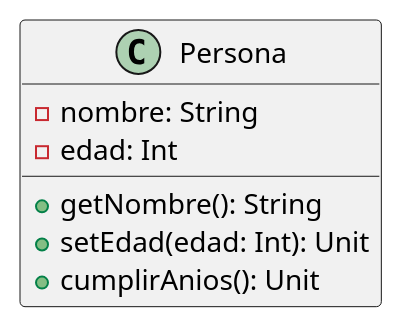
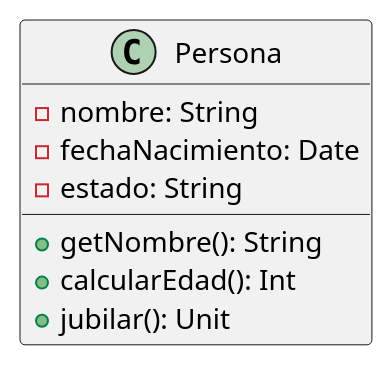
One commit to revilofe/revilofe.github.io changed the first of 16 diagrams in slides/section3-ed/ED-U3.2.-DiagramaClases.md. Above: the diagram before and after it, drawn with PlantUML. The commit also changed other lines of this file and 1 other file, not shown here.

Commit message:
EDES ED-U3.2.-DiagramaClases.md cmabio de slides y documentación

````diff
--- a/slides/section3-ed/ED-U3.2.-DiagramaClases.md
+++ b/slides/section3-ed/ED-U3.2.-DiagramaClases.md
@@ -118,11 +175,12 @@
 ```plantuml
 @startuml
 class Persona {
   - nombre: String
-  - edad: Int
+  - fechaNacimiento: Date
+  - estado: String
   + getNombre(): String
-  + setEdad(edad: Int): Unit
-  + cumplirAnios(): Unit
+  + calcularEdad(): Int
+  + jubilar(): Unit
 }
 @enduml
 ```
````
